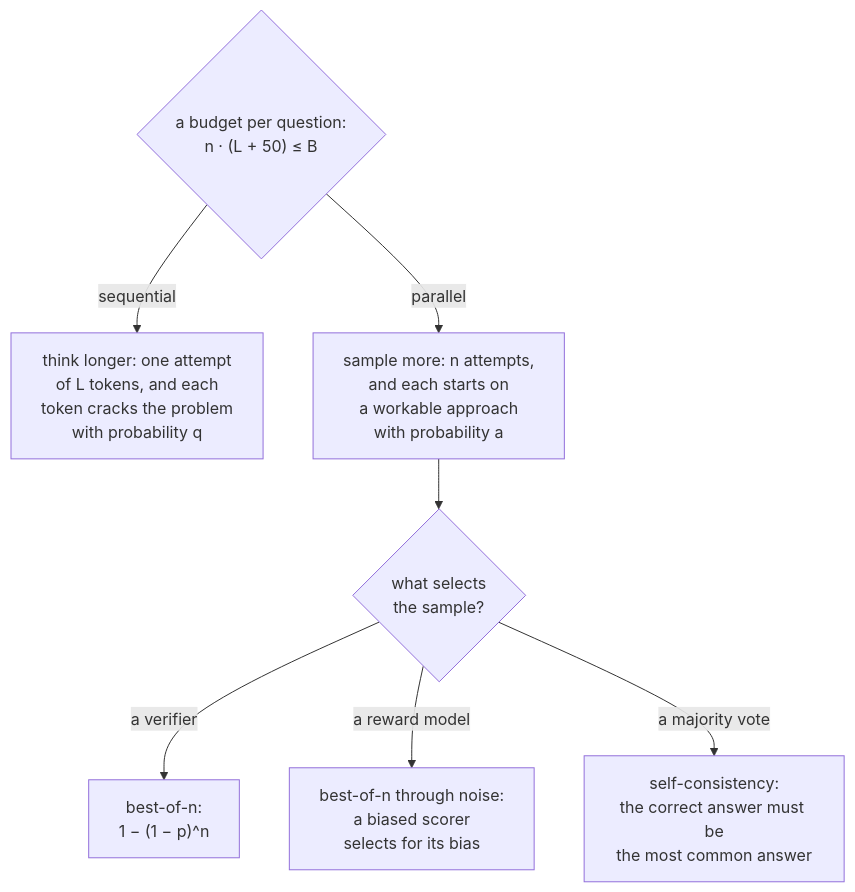
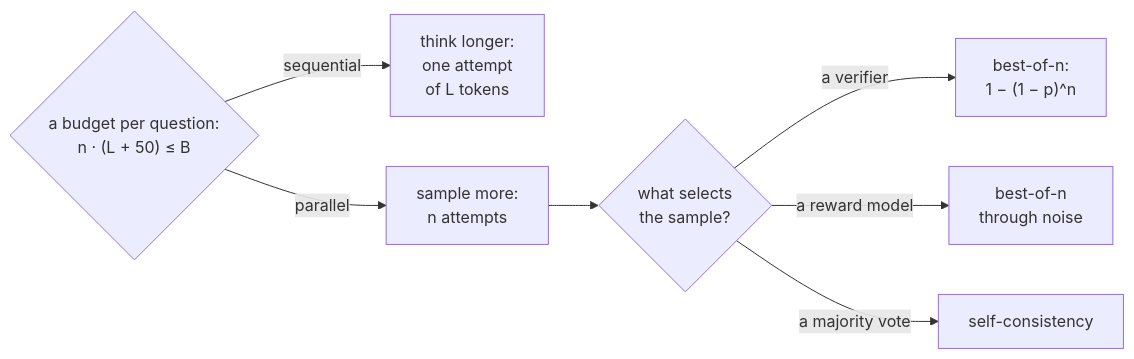
One commit to aniryou/full-stack-agentic-engineer changed the third of 3 diagrams in 00-foundations/rl-and-thinking-models/PRIMER.md. Above: the diagram before and after it, drawn with Mermaid. The commit also changed other lines of this file and 633 other files, not shown here.

First line of the commit message:
Accessible language and one-screen figures, part 1: every figure fits a screen, the STE second pass over the layers (#53)

````diff
--- a/00-foundations/rl-and-thinking-models/PRIMER.md
+++ b/00-foundations/rl-and-thinking-models/PRIMER.md
@@ -663,10 +663,10 @@
 ```mermaid
-flowchart TB
+flowchart LR
   B{"a budget per question:<br/>n · (L + 50) ≤ B"}
-  B -->|"sequential"| L["think longer: one attempt<br/>of L tokens, and each<br/>token cracks the problem<br/>with probability q"]
-  B -->|"parallel"| N["sample more: n attempts,<br/>and each starts on<br/>a workable approach<br/>with probability a"]
+  B -->|"sequential"| L["think longer:<br/>one attempt<br/>of L tokens"]
+  B -->|"parallel"| N["sample more:<br/>n attempts"]
   N --> PK{"what selects<br/>the sample?"}
   PK -->|"a verifier"| V["best-of-n:<br/>1 − (1 − p)^n"]
-  PK -->|"a reward model"| RM["best-of-n through noise:<br/>a biased scorer<br/>selects for its bias"]
-  PK -->|"a majority vote"| MV["self-consistency:<br/>the correct answer must be<br/>the most common answer"]
+  PK -->|"a reward model"| RM["best-of-n<br/>through noise"]
+  PK -->|"a majority vote"| MV["self-consistency"]
 ```
````
